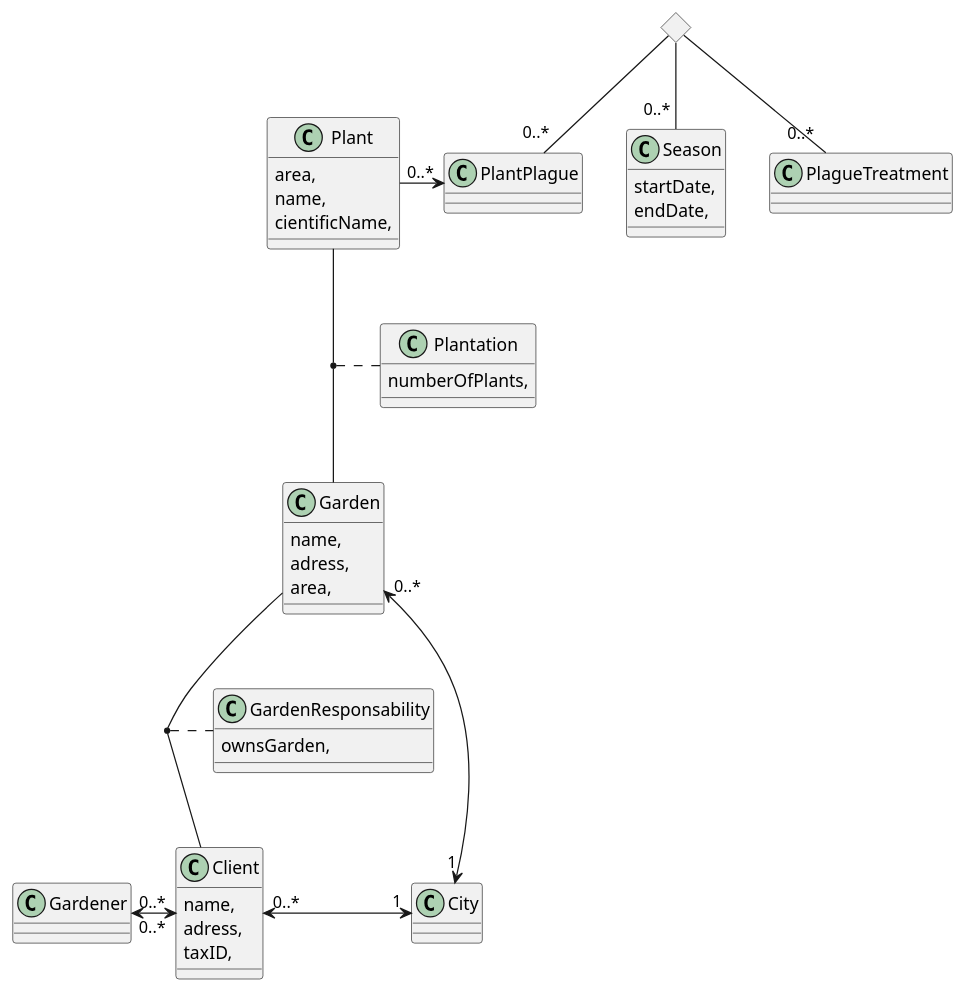
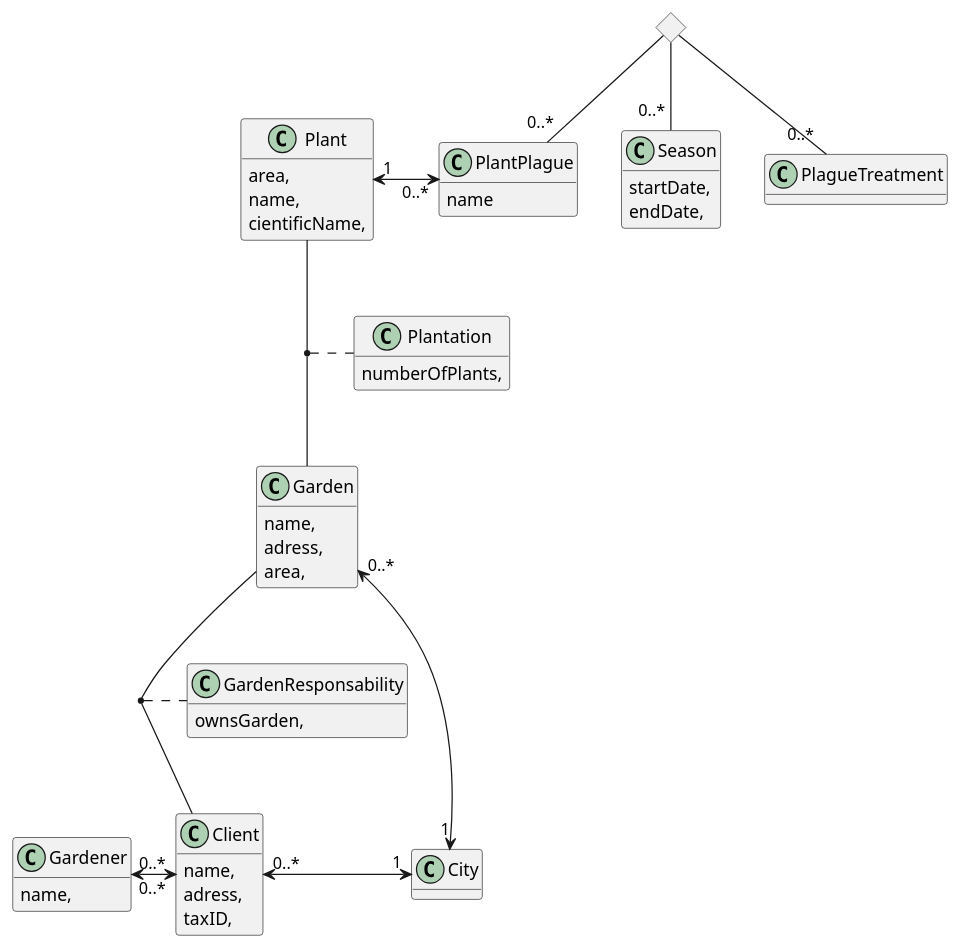
Before and after one commit to bdmendes/feup-bdad: the diagram in data_modelling/ex2.puml, drawn with PlantUML. The commit also changed 6 other files, not shown here.

```diff
--- a/data_modelling/ex2.puml
+++ b/data_modelling/ex2.puml
@@ -1,62 +1,64 @@
 @startuml garden
 
 class Gardener {
-
+    name,
 }
 
 class Client {
     name,
     adress,
     taxID,
 }
 
 class City {
 
 }
 
 class Garden {
     name,
     adress,
     area,
 }
 
 class GardenResponsability {
     ownsGarden,
 }
 
 class Plant {
     area,
     name,
     cientificName,
 }
 
 class Plantation {
     numberOfPlants,
 }
 
 class PlantPlague {
-
+    name
 }
 
 class Season {
     startDate,
     endDate,
 }
 
 class PlagueTreatment {
 
 }
 
+hide methods
+
 <> diamond
 diamond -- "0..*" PlagueTreatment
 diamond -- "0..*" PlantPlague
 diamond -- "0..* " Season
 
-Plant -> "0..*" PlantPlague
+Plant "1" <-> "0..*" PlantPlague : "     "
 Gardener "0..*" <-> "0..*" Client
 (Garden, Client) . GardenResponsability
 (Plant, Garden) . Plantation
 Garden "0..*" <-> "1" City
 Client "0..*" <-> "1" City
 
 @enduml
```
